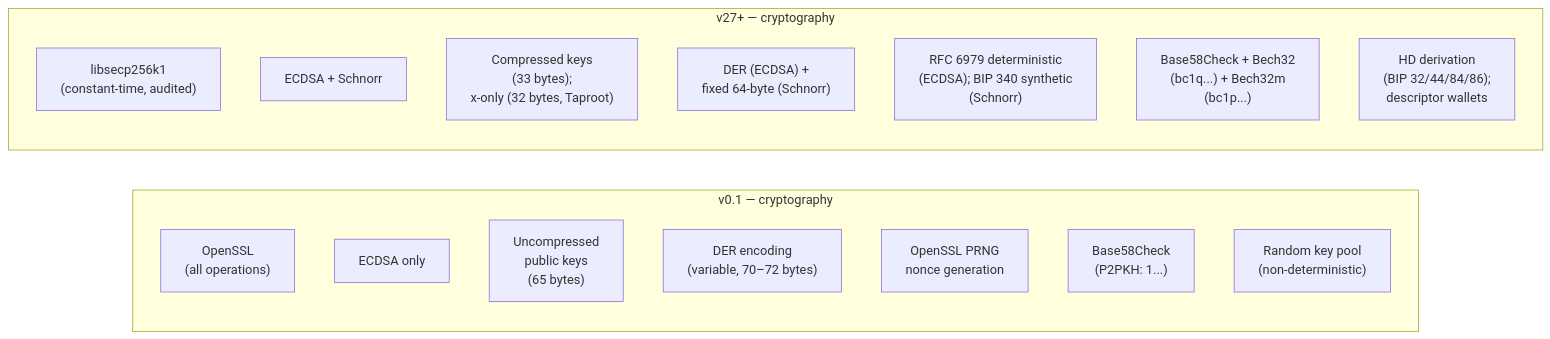
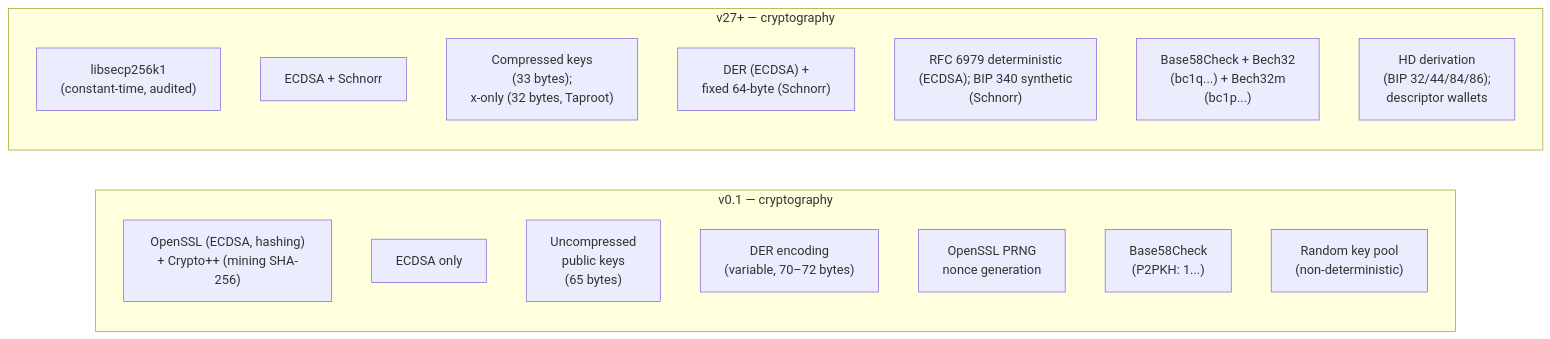
Before and after one commit to cypher256/BitcoinArchive: the seventh of 10 diagrams in src/data/entries/en/design/2009-01-03-bitcoin-architecture-evolution.md, drawn with Mermaid. The commit also changed other lines of this file and 19 other files, not shown here.

````diff
--- a/src/data/entries/en/design/2009-01-03-bitcoin-architecture-evolution.md
+++ b/src/data/entries/en/design/2009-01-03-bitcoin-architecture-evolution.md
@@ -248,24 +248,24 @@
 ```mermaid
 flowchart LR
     subgraph V01_CRYPTO["v0.1 — cryptography"]
         direction TB
-        OPENSSL["OpenSSL<br/>(all operations)"]
+        OPENSSL["OpenSSL (ECDSA, hashing)<br/>+ Crypto++ (mining SHA-256)"]
         ECDSA_V0["ECDSA only"]
         UNCOMP["Uncompressed<br/>public keys<br/>(65 bytes)"]
         DER_V0["DER encoding<br/>(variable, 70–72 bytes)"]
         NONCE_V0["OpenSSL PRNG<br/>nonce generation"]
         ADDR_V0["Base58Check<br/>(P2PKH: 1...)"]
         KEY_V0["Random key pool<br/>(non-deterministic)"]
     end
 
     subgraph V27_CRYPTO["v27+ — cryptography"]
         direction TB
         LIBSECP["libsecp256k1<br/>(constant-time, audited)"]
         SCHNORR["ECDSA + Schnorr"]
         COMP["Compressed keys<br/>(33 bytes);<br/>x-only (32 bytes, Taproot)"]
         SIG_ENC["DER (ECDSA) +<br/>fixed 64-byte (Schnorr)"]
         NONCE_N["RFC 6979 deterministic<br/>(ECDSA); BIP 340 synthetic<br/>(Schnorr)"]
         ADDR_N["Base58Check + Bech32<br/>(bc1q...) + Bech32m<br/>(bc1p...)"]
         KEY_N["HD derivation<br/>(BIP 32/44/84/86);<br/>descriptor wallets"]
     end
 ```
````
